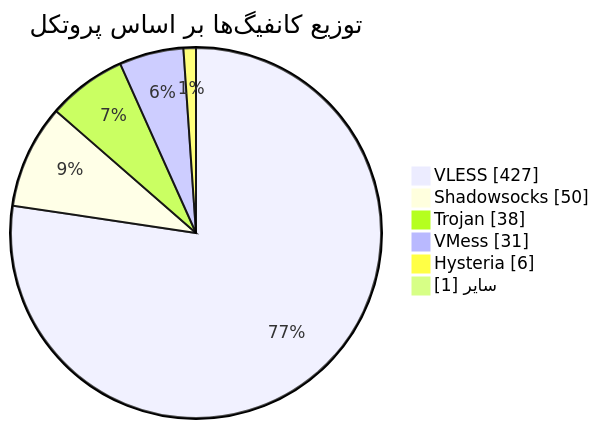
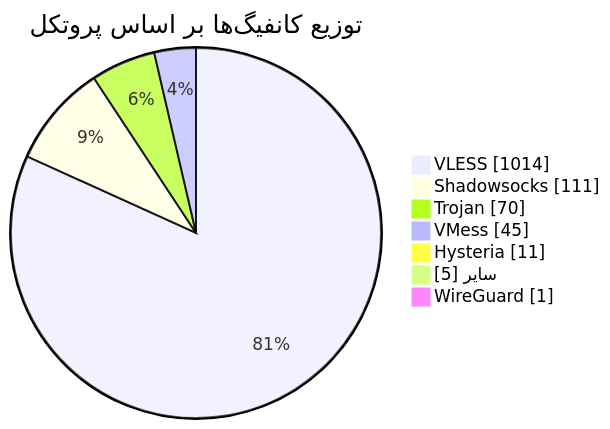
One commit to Arian-Alijani/Somthing changed the diagram in README.md. Above: the diagram before and after it, drawn with Mermaid. The commit also changed other lines of this file and 113 other files, not shown here.

````diff
--- a/README.md
+++ b/README.md
@@ -48,10 +49,11 @@
 ```mermaid
 pie showData
     title توزیع کانفیگ‌ها بر اساس پروتکل
-    "VLESS" : 427
-    "Shadowsocks" : 50
-    "Trojan" : 38
-    "VMess" : 31
-    "Hysteria" : 6
-    "سایر" : 1
+    "VLESS" : 1014
+    "Shadowsocks" : 111
+    "Trojan" : 70
+    "VMess" : 45
+    "Hysteria" : 11
+    "سایر" : 5
+    "WireGuard" : 1
 ```
````
